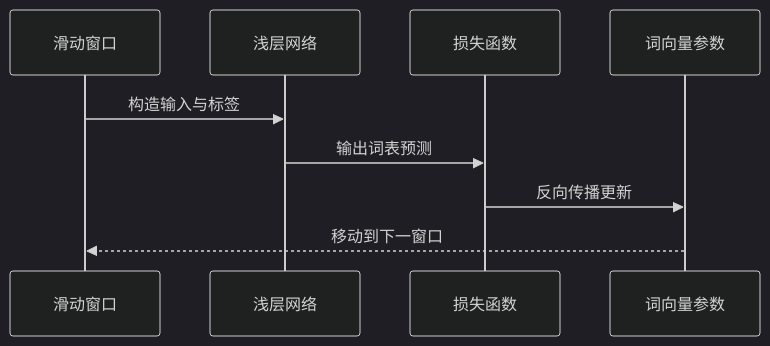
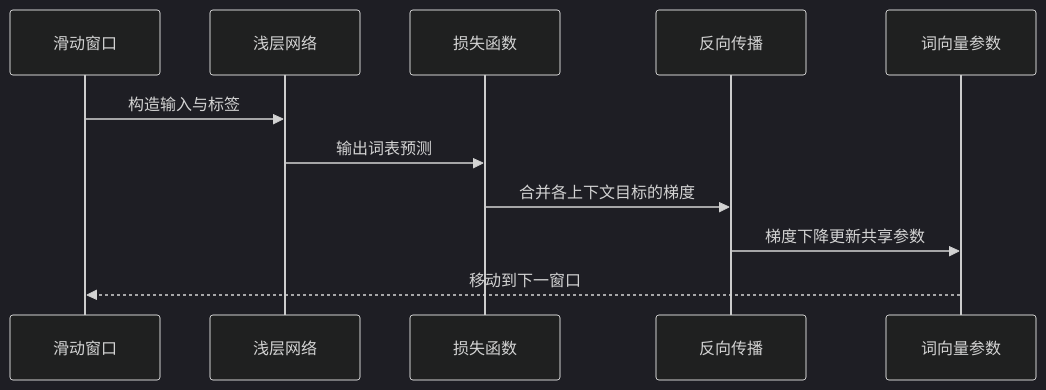
The third of 3 diagrams in notes/text-preprocessing/14-word2vec-skipgram.md (luyunix/nlp_study), drawn with Mermaid (dark theme) before and after one commit. The commit also changed other lines of this file and 2 other files, not shown here.

````diff
--- a/notes/text-preprocessing/14-word2vec-skipgram.md
+++ b/notes/text-preprocessing/14-word2vec-skipgram.md
@@ -38,11 +45,13 @@
 ```mermaid
 sequenceDiagram
     participant W as 滑动窗口
     participant N as 浅层网络
     participant L as 损失函数
+    participant B as 反向传播
     participant P as 词向量参数
     W->>N: 构造输入与标签
     N->>L: 输出词表预测
-    L->>P: 反向传播更新
+    L->>B: 合并各上下文目标的梯度
+    B->>P: 梯度下降更新共享参数
     P-->>W: 移动到下一窗口
 ```
````
